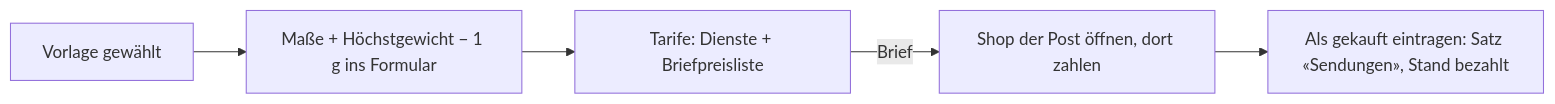
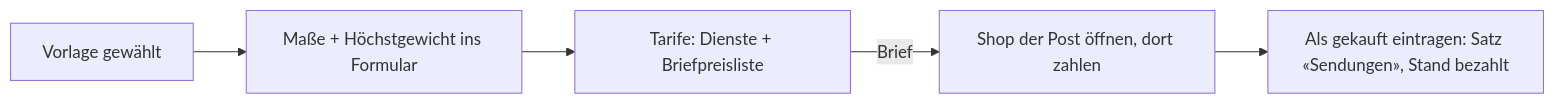
One commit to sfambach/wp_tax_shipping changed the second of 5 diagrams in docs/konzept.md. Above: the diagram before and after it, drawn with Mermaid. The commit also changed other lines of this file and 11 other files, not shown here.

````diff
--- a/docs/konzept.md
+++ b/docs/konzept.md
@@ -54,7 +54,7 @@
 ```mermaid
 flowchart LR
-  V["Vorlage gewählt"] --> F["Maße + Höchstgewicht − 1 g ins Formular"]
+  V["Vorlage gewählt"] --> F["Maße + Höchstgewicht ins Formular"]
   F --> T["Tarife: Dienste + Briefpreisliste"]
   T -- Brief --> S["Shop der Post öffnen, dort zahlen"]
   S --> E["Als gekauft eintragen: Satz «Sendungen», Stand bezahlt"]
 ```
````
